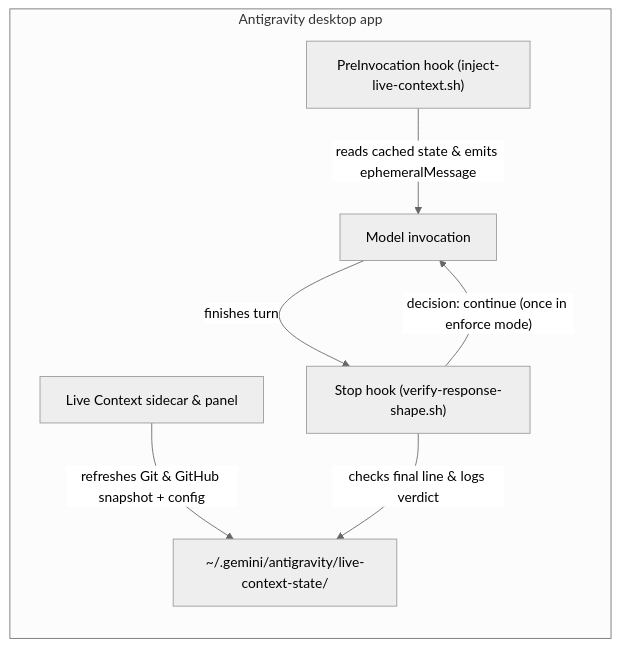
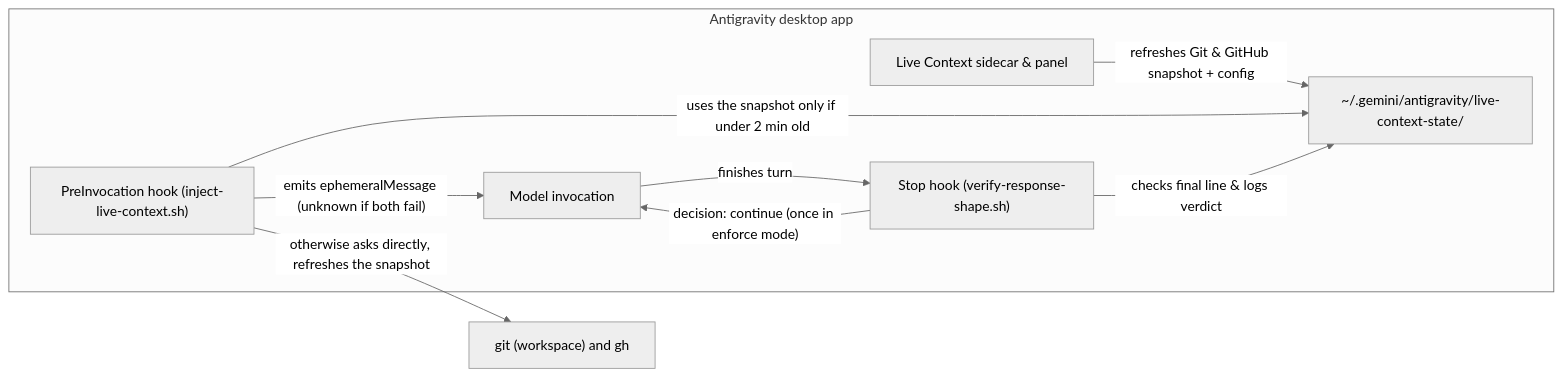
The diagram in apps/desktop/antigravity/plugins/live-context/docs/index.md (VitruvianSoftware/vitruvian-core), drawn with Mermaid (neutral theme) before and after one commit. The commit also changed 13 other files, not shown here.

````diff
--- a/apps/desktop/antigravity/plugins/live-context/docs/index.md
+++ b/apps/desktop/antigravity/plugins/live-context/docs/index.md
@@ -11,15 +11,18 @@
 ```mermaid
 flowchart LR
     subgraph app["Antigravity desktop app"]
         pre["PreInvocation hook (inject-live-context.sh)"]
         model["Model invocation"]
         stop["Stop hook (verify-response-shape.sh)"]
         sidecar["Live Context sidecar & panel"]
         cache["~/.gemini/antigravity/live-context-state/"]
     end
+    tools["git (workspace) and gh"]
     sidecar -- "refreshes Git & GitHub snapshot + config" --> cache
-    pre -- "reads cached state & emits ephemeralMessage" --> model
+    pre -- "uses the snapshot only if under 2 min old" --> cache
+    pre -- "otherwise asks directly, refreshes the snapshot" --> tools
+    pre -- "emits ephemeralMessage (unknown if both fail)" --> model
     model -- "finishes turn" --> stop
     stop -- "checks final line & logs verdict" --> cache
     stop -- "decision: continue (once in enforce mode)" --> model
 ```
````
